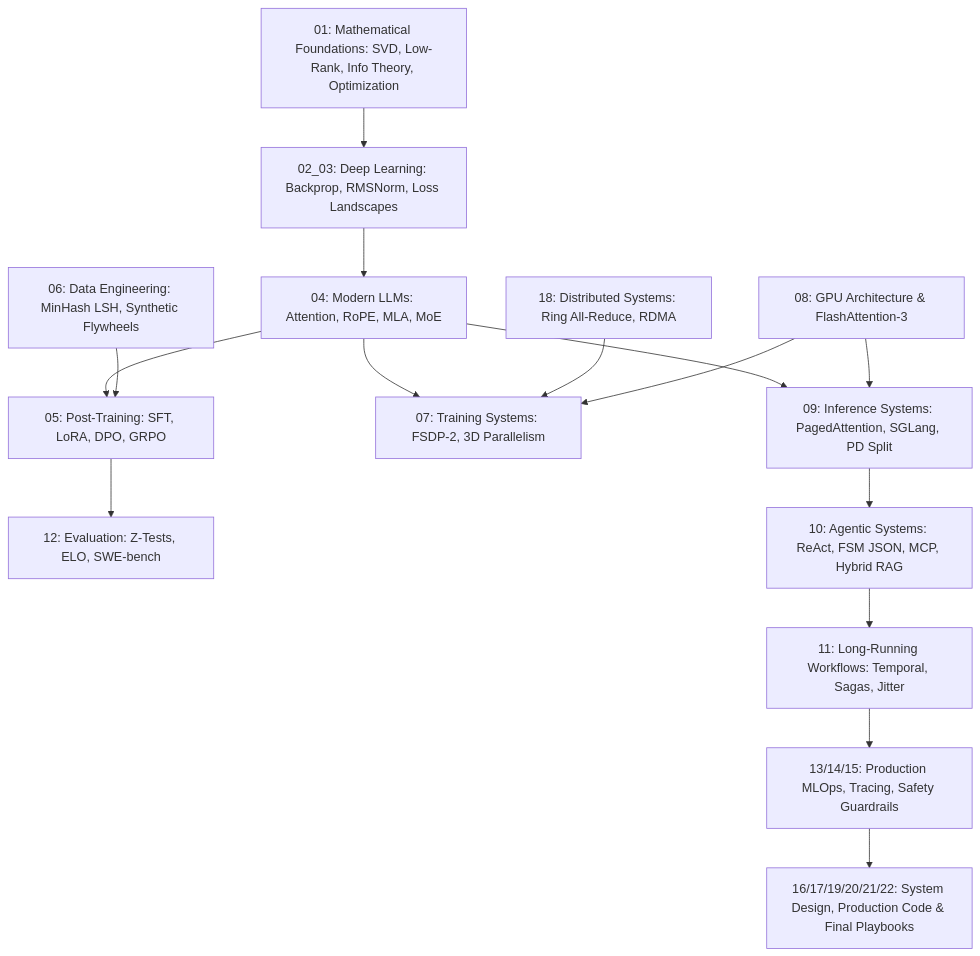
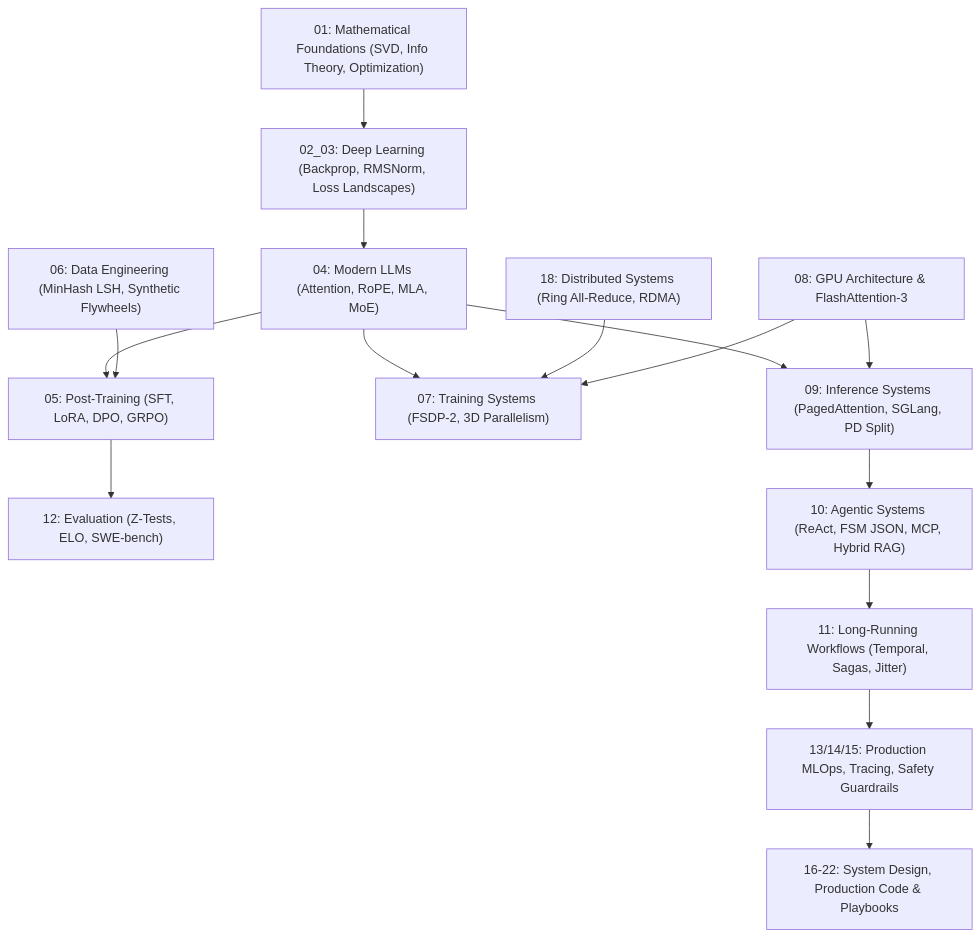
Before and after one commit to PrajyotKore/ML-Engineer-Notes-LLM-and-Agentic-Systems: the diagram in 00_ROLE_ANALYSIS.md, drawn with Mermaid. The commit also changed 26 other files, not shown here.

Commit message:
fix: resolve mermaid syntax and enhance HTML web reader with direct URL hash routing and navigation

````diff
--- a/00_ROLE_ANALYSIS.md
+++ b/00_ROLE_ANALYSIS.md
@@ -55,26 +55,26 @@
 ```mermaid
 flowchart TD
     %% Base Layer
-    Math[01: Mathematical Foundations: SVD, Low-Rank, Info Theory, Optimization] --> DL[02_03: Deep Learning: Backprop, RMSNorm, Loss Landscapes]
-    DL --> LLM[04: Modern LLMs: Attention, RoPE, MLA, MoE]
+    Math["01: Mathematical Foundations (SVD, Info Theory, Optimization)"] --> DL["02_03: Deep Learning (Backprop, RMSNorm, Loss Landscapes)"]
+    DL --> LLM["04: Modern LLMs (Attention, RoPE, MLA, MoE)"]
     
     %% Hardware & Performance Layer
-    GPU[08: GPU Architecture & FlashAttention-3] --> Inf[09: Inference Systems: PagedAttention, SGLang, PD Split]
-    GPU --> TS[07: Training Systems: FSDP-2, 3D Parallelism]
-    Net[18: Distributed Systems: Ring All-Reduce, RDMA] --> TS
+    GPU["08: GPU Architecture & FlashAttention-3"] --> Inf["09: Inference Systems (PagedAttention, SGLang, PD Split)"]
+    GPU --> TS["07: Training Systems (FSDP-2, 3D Parallelism)"]
+    Net["18: Distributed Systems (Ring All-Reduce, RDMA)"] --> TS
     LLM --> Inf
     LLM --> TS
     
     %% Training & Alignment Layer
-    Data[06: Data Engineering: MinHash LSH, Synthetic Flywheels] --> PT[05: Post-Training: SFT, LoRA, DPO, GRPO]
+    Data["06: Data Engineering (MinHash LSH, Synthetic Flywheels)"] --> PT["05: Post-Training (SFT, LoRA, DPO, GRPO)"]
     LLM --> PT
-    PT --> Eval[12: Evaluation: Z-Tests, ELO, SWE-bench]
+    PT --> Eval["12: Evaluation (Z-Tests, ELO, SWE-bench)"]
     
     %% Serving & Agent Layer
-    Inf --> Agent[10: Agentic Systems: ReAct, FSM JSON, MCP, Hybrid RAG]
-    Agent --> Rel[11: Long-Running Workflows: Temporal, Sagas, Jitter]
-    Rel --> Prod[13/14/15: Production MLOps, Tracing, Safety Guardrails]
+    Inf --> Agent["10: Agentic Systems (ReAct, FSM JSON, MCP, Hybrid RAG)"]
+    Agent --> Rel["11: Long-Running Workflows (Temporal, Sagas, Jitter)"]
+    Rel --> Prod["13/14/15: Production MLOps, Tracing, Safety Guardrails"]
     
     %% Synthesis Layer
-    Prod --> SysDes[16/17/19/20/21/22: System Design, Production Code & Final Playbooks]
+    Prod --> SysDes["16-22: System Design, Production Code & Playbooks"]
 ```
````
